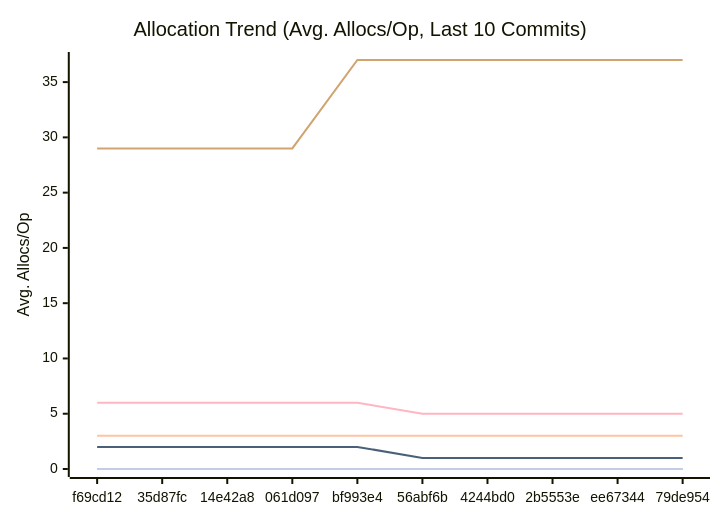
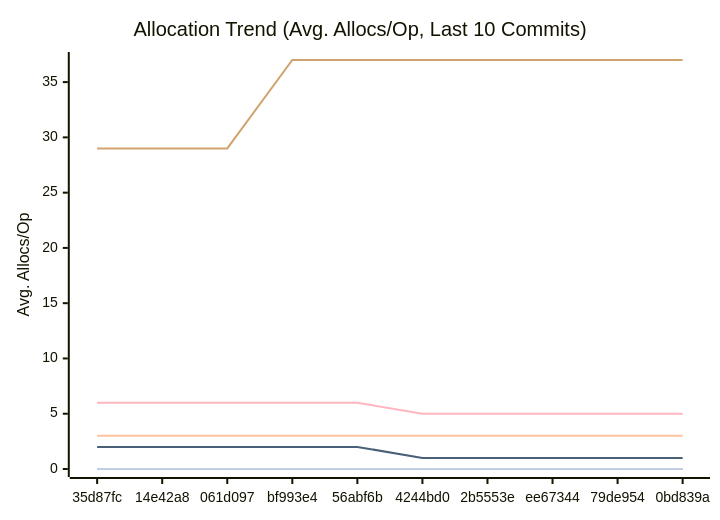
The third of 3 diagrams in docs/PERFORMANCE.md (alsotoes/momo), drawn with Mermaid before and after one commit. The commit also changed other lines of this file and 3 other files, not shown here.

````diff
--- a/docs/PERFORMANCE.md
+++ b/docs/PERFORMANCE.md
@@ -114,16 +114,16 @@
 ```mermaid
 xychart-beta
     title "Allocation Trend (Avg. Allocs/Op, Last 10 Commits)"
     x-axis "Commit"
     y-axis "Avg. Allocs/Op"
-    x-axis [f69cd12,35d87fc,14e42a8,061d097,bf993e4,56abf6b,4244bd0,2b5553e,ee67344,79de954]
+    x-axis [35d87fc,14e42a8,061d097,bf993e4,56abf6b,4244bd0,2b5553e,ee67344,79de954,0bd839a]
     line "CheckMetricsAndSwap" [0,0,0,0,0,0,0,0,0,0]
     line "CrushOptimized" [0,0,0,0,0,0,0,0,0,0]
     line "CrushOriginal" [3,3,3,3,3,3,3,3,3,3]
     line "IndexDirectTracking" [0,0,0,0,0,0,0,0,0,0]
     line "IndexSearch" [0,0,0,0,0,0,0,0,0,0]
-    line "LoadGlobalConfig" [29,29,29,29,37,37,37,37,37,37]
+    line "LoadGlobalConfig" [29,29,29,37,37,37,37,37,37,37]
     line "PadString" [0,0,0,0,0,0,0,0,0,0]
     line "ParseReplicationOrder_NoPrealloc" [6,6,6,6,6,5,5,5,5,5]
     line "ParseReplicationOrder_Prealloc" [2,2,2,2,2,1,1,1,1,1]
 ```
````
